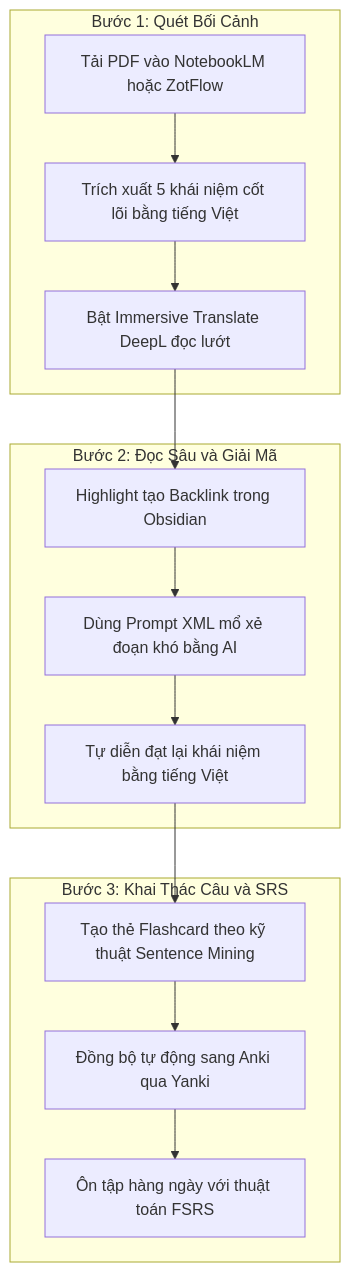
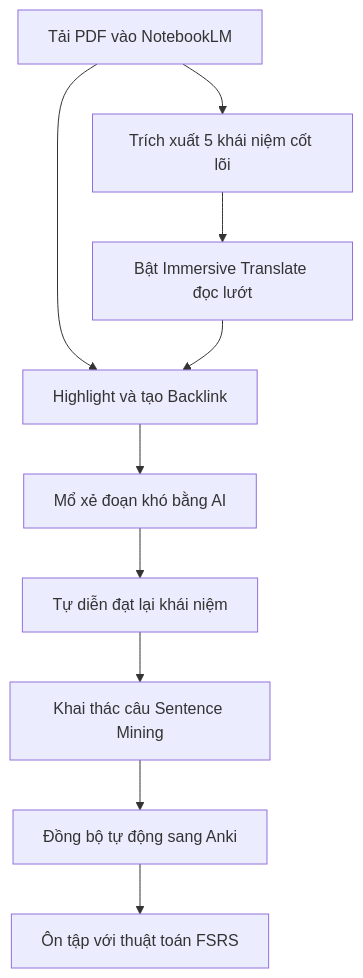
The diagram in content/posts/he-thong-phuong-phap-doc-tai-lieu-it-ai-voi-ai-va-srs.md (nguyengoctin/my_website), drawn with Mermaid before and after one commit. The commit also changed 17 other files, not shown here.

````diff
--- a/content/posts/he-thong-phuong-phap-doc-tai-lieu-it-ai-voi-ai-va-srs.md
+++ b/content/posts/he-thong-phuong-phap-doc-tai-lieu-it-ai-voi-ai-va-srs.md
@@ -163,17 +163,12 @@
 ```mermaid
 flowchart TD
-    subgraph Step1 ["Bước 1: Quét Bối Cảnh"]
-        A1["Tải PDF vào NotebookLM hoặc ZotFlow"] --> A2["Trích xuất 5 khái niệm cốt lõi bằng tiếng Việt"]
-        A2 --> A3["Bật Immersive Translate DeepL đọc lướt"]
-    end
-    subgraph Step2 ["Bước 2: Đọc Sâu và Giải Mã"]
-        B1["Highlight tạo Backlink trong Obsidian"] --> B2["Dùng Prompt XML mổ xẻ đoạn khó bằng AI"]
-        B2 --> B3["Tự diễn đạt lại khái niệm bằng tiếng Việt"]
-    end
-    subgraph Step3 ["Bước 3: Khai Thác Câu và SRS"]
-        C1["Tạo thẻ Flashcard theo kỹ thuật Sentence Mining"] --> C2["Đồng bộ tự động sang Anki qua Yanki"]
-        C2 --> C3["Ôn tập hàng ngày với thuật toán FSRS"]
-    end
+    A1["Tải PDF vào NotebookLM"] --> A2["Trích xuất 5 khái niệm cốt lõi"]
+    A2 --> A3["Bật Immersive Translate đọc lướt"]
+    A1 --> B1["Highlight và tạo Backlink"]
     A3 --> B1
-    B3 --> C1
+    B1 --> B2["Mổ xẻ đoạn khó bằng AI"]
+    B2 --> B3["Tự diễn đạt lại khái niệm"]
+    B3 --> C1["Khai thác câu Sentence Mining"]
+    C1 --> C2["Đồng bộ tự động sang Anki"]
+    C2 --> C3["Ôn tập với thuật toán FSRS"]
 ```
````
